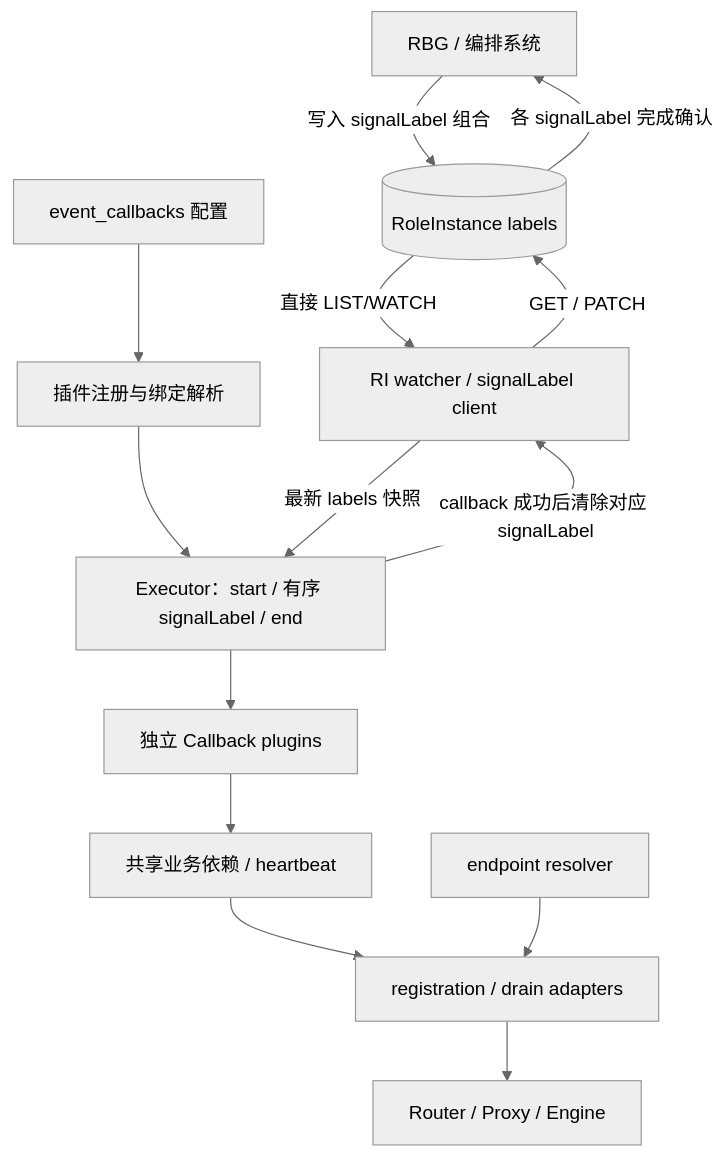
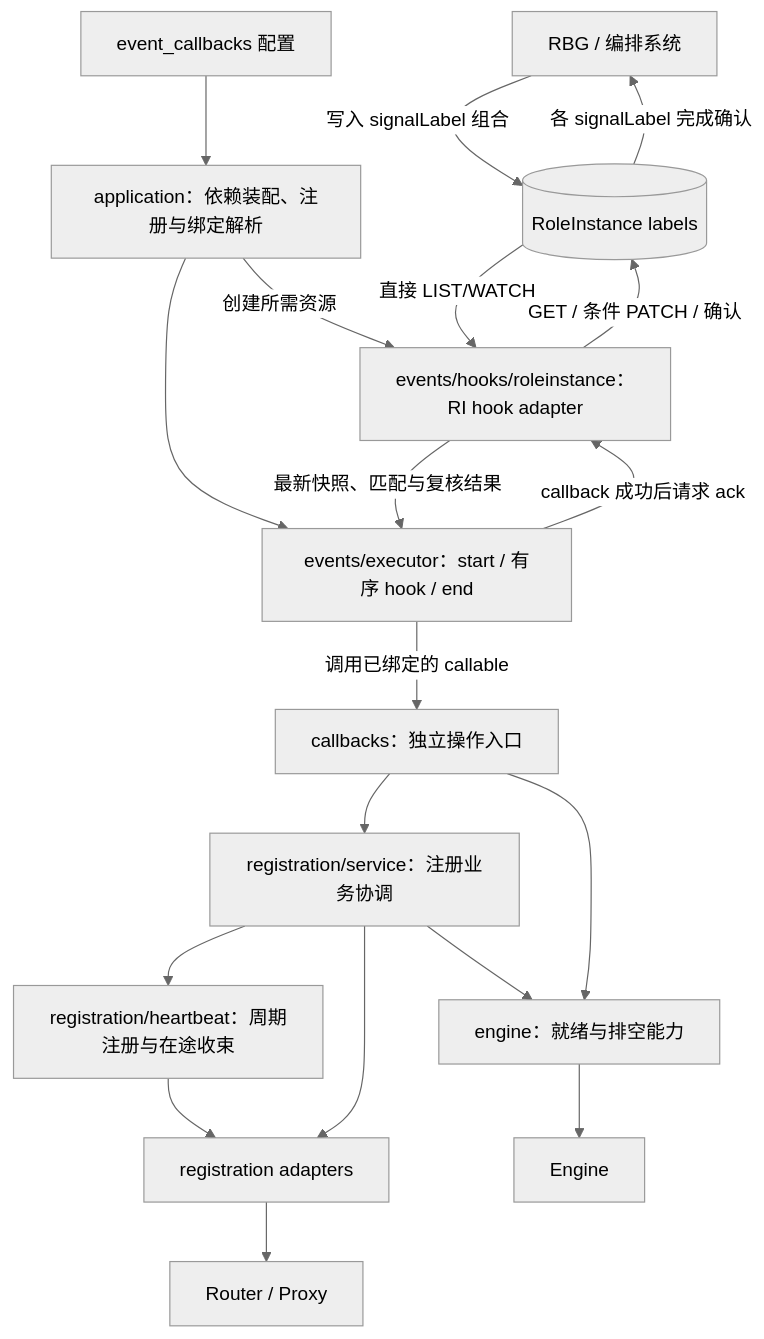
The first of 2 diagrams in proposals/14-roleinstance-lifecycle-hook-executor/README.zh-CN.md (diw-zw/inference-engine-runtime), drawn with Mermaid (neutral theme) before and after one commit. The commit also changed other lines of this file and 2 other files, not shown here.

````diff
--- a/proposals/14-roleinstance-lifecycle-hook-executor/README.zh-CN.md
+++ b/proposals/14-roleinstance-lifecycle-hook-executor/README.zh-CN.md
@@ -142,16 +146,21 @@
 ```mermaid
 flowchart TB
     C["RBG / 编排系统"] -->|写入 signalLabel 组合| R[("RoleInstance labels")]
-    F["event_callbacks 配置"] --> B["插件注册与绑定解析"]
-    B --> X["Executor：start / 有序 signalLabel / end"]
-    R -->|直接 LIST/WATCH| W["RI watcher / signalLabel client"]
-    W -->|最新 labels 快照| X
-    X -->|callback 成功后清除对应 signalLabel| W
-    W -->|GET / PATCH| R
+    F["event_callbacks 配置"] --> B["application：依赖装配、注册与绑定解析"]
+    B --> X["events/executor：start / 有序 hook / end"]
+    B -->|创建所需资源| W["events/hooks/roleinstance：RI hook adapter"]
+    R -->|直接 LIST/WATCH| W
+    W -->|最新快照、匹配与复核结果| X
+    X -->|callback 成功后请求 ack| W
+    W -->|GET / 条件 PATCH / 确认| R
     R -->|各 signalLabel 完成确认| C
-    X --> P["独立 Callback plugins"]
-    P --> T["共享业务依赖 / heartbeat"]
-    T --> A["registration / drain adapters"]
-    E["endpoint resolver"] --> A
-    A --> U["Router / Proxy / Engine"]
+    X -->|调用已绑定的 callable| P["callbacks：独立操作入口"]
+    P --> S["registration/service：注册业务协调"]
+    S --> H["registration/heartbeat：周期注册与在途收束"]
+    S --> A["registration adapters"]
+    H --> A
+    P --> E["engine：就绪与排空能力"]
+    S --> E
+    A --> U["Router / Proxy"]
+    E --> I["Engine"]
 ```
````
